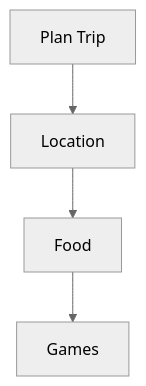
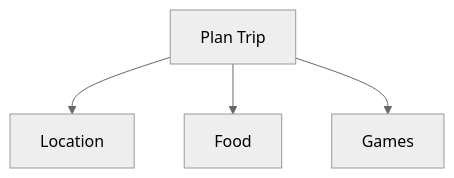
The diagram in Diagram.md (SMahabeer1/smahabeer1.github.io), drawn with Mermaid (neutral theme) before and after one commit.

````diff
--- a/Diagram.md
+++ b/Diagram.md
@@ -1,5 +1,7 @@
 ```mermaid
 flowchart TD
- A[Plan Trip]-->B[Location]-->C[Food]-->D[Games]
+ A[Plan Trip]-->B[Location]
+ A-->C[Food]
+ A-->D[Games]
 
 ```
````
